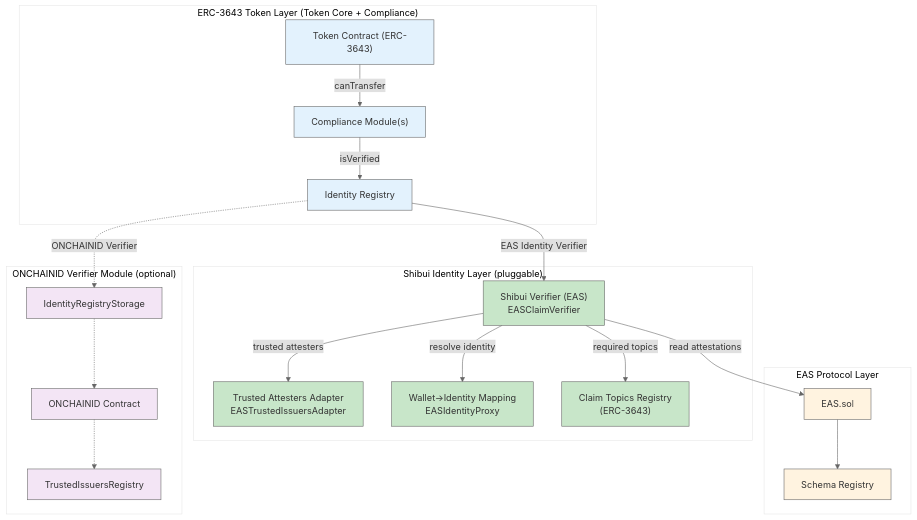
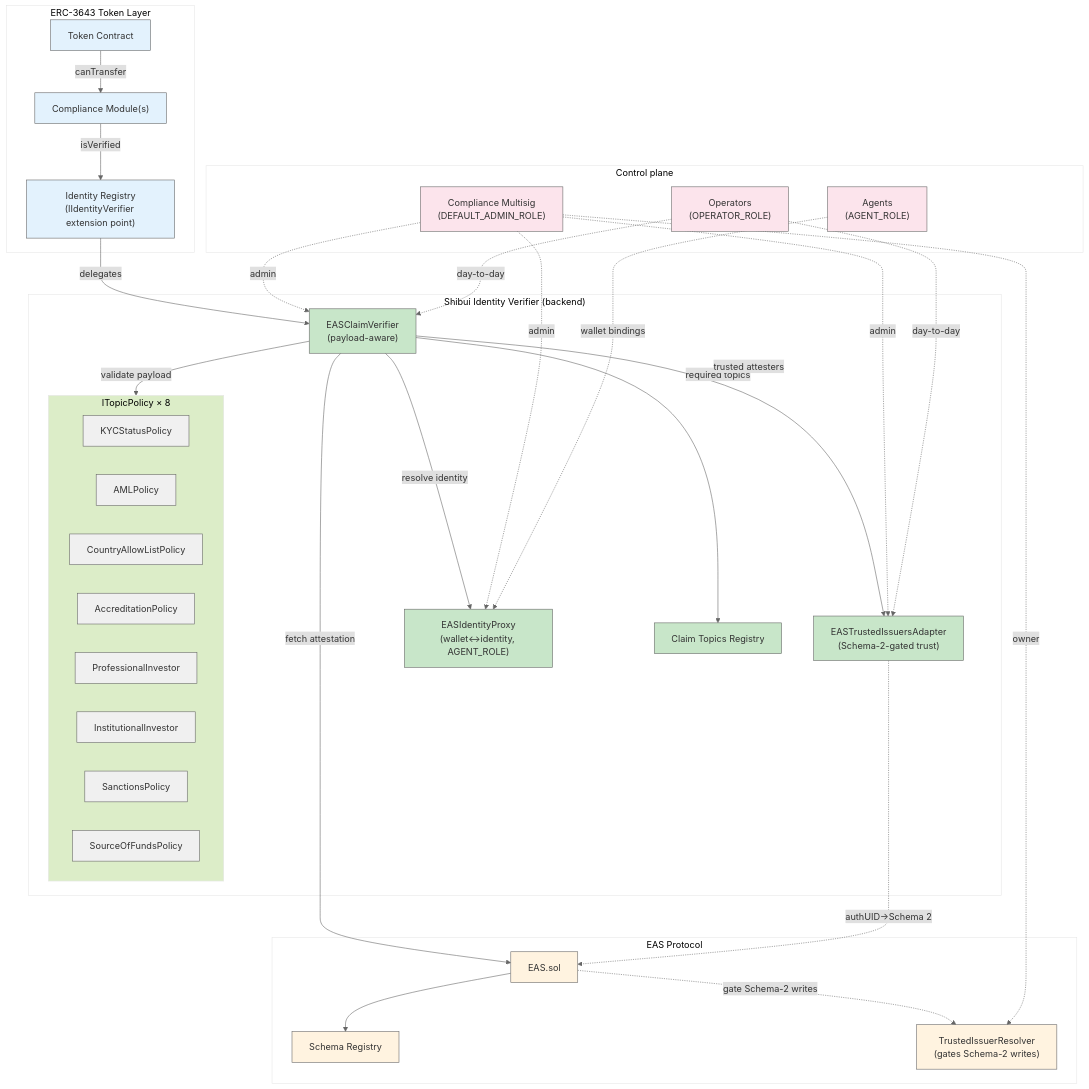
Before and after one commit to EntEthAlliance/rnd-rwa-erc3643-eas: the diagram in diagrams/architecture-overview.mmd, drawn with Mermaid. The commit also changed 12 other files, not shown here.

First line of the commit message:
docs(diagrams): refresh to match v0.4 architecture

```diff
--- a/diagrams/architecture-overview.mmd
+++ b/diagrams/architecture-overview.mmd
@@ -1,64 +1,83 @@
 %%{init: {'theme': 'base', 'themeVariables': { 'primaryColor': '#f0f0f0', 'primaryTextColor': '#333', 'primaryBorderColor': '#666', 'lineColor': '#666', 'secondaryColor': '#e0e0e0', 'tertiaryColor': '#fff'}}}%%
 flowchart TB
-    %% This diagram mirrors OpenZeppelin RWA vocabulary:
-    %% - Token core calls into a separate Shibui Identity Layer module
-    %% - Compliance is modular and remains independent from identity proof format
+    %% Shibui v0.4 architecture — payload-aware verifier wired behind an
+    %% ERC-3643 Identity Registry via the IIdentityVerifier extension point
+    %% (ERC-3643/ERC-3643 PR #98). Backend is total, not hybrid: when the
+    %% Identity Registry has a verifier set, the built-in ONCHAINID path is
+    %% skipped entirely. Only one backend is active at a time.
 
-    subgraph TokenLayer["ERC-3643 Token Layer (Token Core + Compliance)"]
-        Token["Token Contract (ERC-3643)"]
+    subgraph TokenLayer["ERC-3643 Token Layer"]
+        Token["Token Contract"]
         Compliance["Compliance Module(s)"]
-        IR["Identity Registry"]
+        IR["Identity Registry\n(IIdentityVerifier extension point)"]
     end
 
-    subgraph IdentityVerifierLayer["Shibui Identity Layer (pluggable)"]
-        ECV["Shibui Verifier (EAS)\nEASClaimVerifier"]
-        TIA["Trusted Attesters Adapter\nEASTrustedIssuersAdapter"]
-        EIP["Wallet→Identity Mapping\nEASIdentityProxy"]
-        CTR["Claim Topics Registry\n(ERC-3643)"]
+    subgraph ShibuiLayer["Shibui Identity Verifier (backend)"]
+        ECV["EASClaimVerifier\n(payload-aware)"]
+        TIA["EASTrustedIssuersAdapter\n(Schema-2-gated trust)"]
+        EIP["EASIdentityProxy\n(wallet↔identity, AGENT_ROLE)"]
+        CTR["Claim Topics Registry"]
+
+        subgraph Policies["ITopicPolicy × 8"]
+            KYC["KYCStatusPolicy"]
+            AML["AMLPolicy"]
+            COUNTRY["CountryAllowListPolicy"]
+            ACC["AccreditationPolicy"]
+            PRO["ProfessionalInvestor"]
+            INST["InstitutionalInvestor"]
+            SANC["SanctionsPolicy"]
+            SOF["SourceOfFundsPolicy"]
+        end
     end
 
-    subgraph EASLayer["EAS Protocol Layer"]
+    subgraph EASLayer["EAS Protocol"]
         EAS["EAS.sol"]
         SR["Schema Registry"]
+        Resolver["TrustedIssuerResolver\n(gates Schema-2 writes)"]
     end
 
-    subgraph OnchainIDLayer["ONCHAINID Verifier Module (optional)"]
-        OCID["ONCHAINID Contract"]
-        TIR["TrustedIssuersRegistry"]
-        IRS["IdentityRegistryStorage"]
+    subgraph Admin["Control plane"]
+        Multisig["Compliance Multisig\n(DEFAULT_ADMIN_ROLE)"]
+        Op["Operators\n(OPERATOR_ROLE)"]
+        Agent["Agents\n(AGENT_ROLE)"]
     end
 
     Token -->|canTransfer| Compliance
     Compliance -->|isVerified| IR
+    IR -->|delegates| ECV
 
-    %% ERC-3643 Identity Registry delegates identity checks to the Shibui verifier module.
-    IR -->|EAS Identity Verifier| ECV
-
-    %% Optional dual-mode: keep ONCHAINID as an alternative verifier.
-    IR -.->|ONCHAINID Verifier| IRS
-    IRS -.-> OCID
-    OCID -.-> TIR
-
-    %% Internals of the EAS Identity Verifier module
     ECV -->|resolve identity| EIP
     ECV -->|required topics| CTR
     ECV -->|trusted attesters| TIA
-    ECV -->|read attestations| EAS
+    ECV -->|fetch attestation| EAS
+    ECV -->|validate payload| Policies
 
+    TIA -.->|authUID→Schema 2| EAS
+    EAS -.->|gate Schema-2 writes| Resolver
     EAS --> SR
+
+    Multisig -.->|admin| ECV
+    Multisig -.->|admin| TIA
+    Multisig -.->|admin| EIP
+    Multisig -.->|owner| Resolver
+    Op -.->|day-to-day| ECV
+    Op -.->|day-to-day| TIA
+    Agent -.->|wallet bindings| EIP
 
     style Token fill:#e3f2fd
     style Compliance fill:#e3f2fd
     style IR fill:#e3f2fd
 
     style ECV fill:#c8e6c9
     style TIA fill:#c8e6c9
     style EIP fill:#c8e6c9
     style CTR fill:#c8e6c9
+    style Policies fill:#dcedc8
 
     style EAS fill:#fff3e0
     style SR fill:#fff3e0
+    style Resolver fill:#fff3e0
 
-    style OCID fill:#f3e5f5
-    style IRS fill:#f3e5f5
-    style TIR fill:#f3e5f5
+    style Multisig fill:#fce4ec
+    style Op fill:#fce4ec
+    style Agent fill:#fce4ec
```
